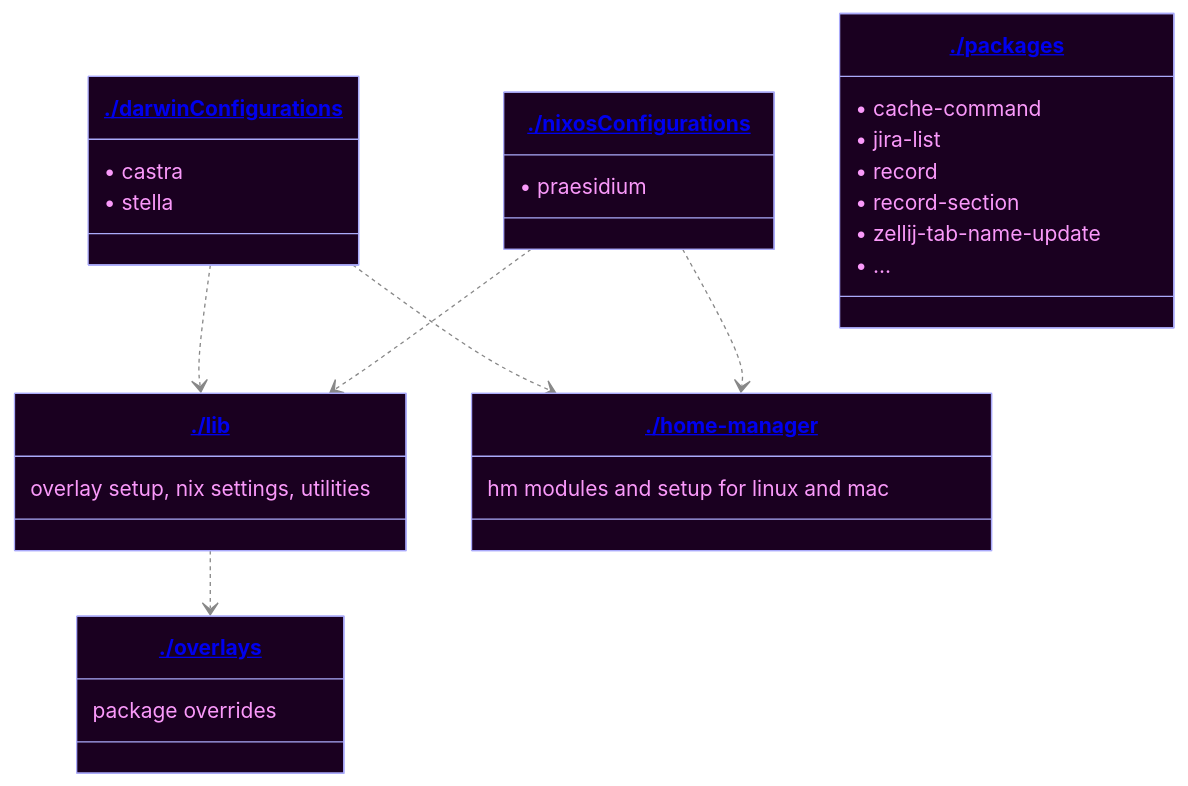
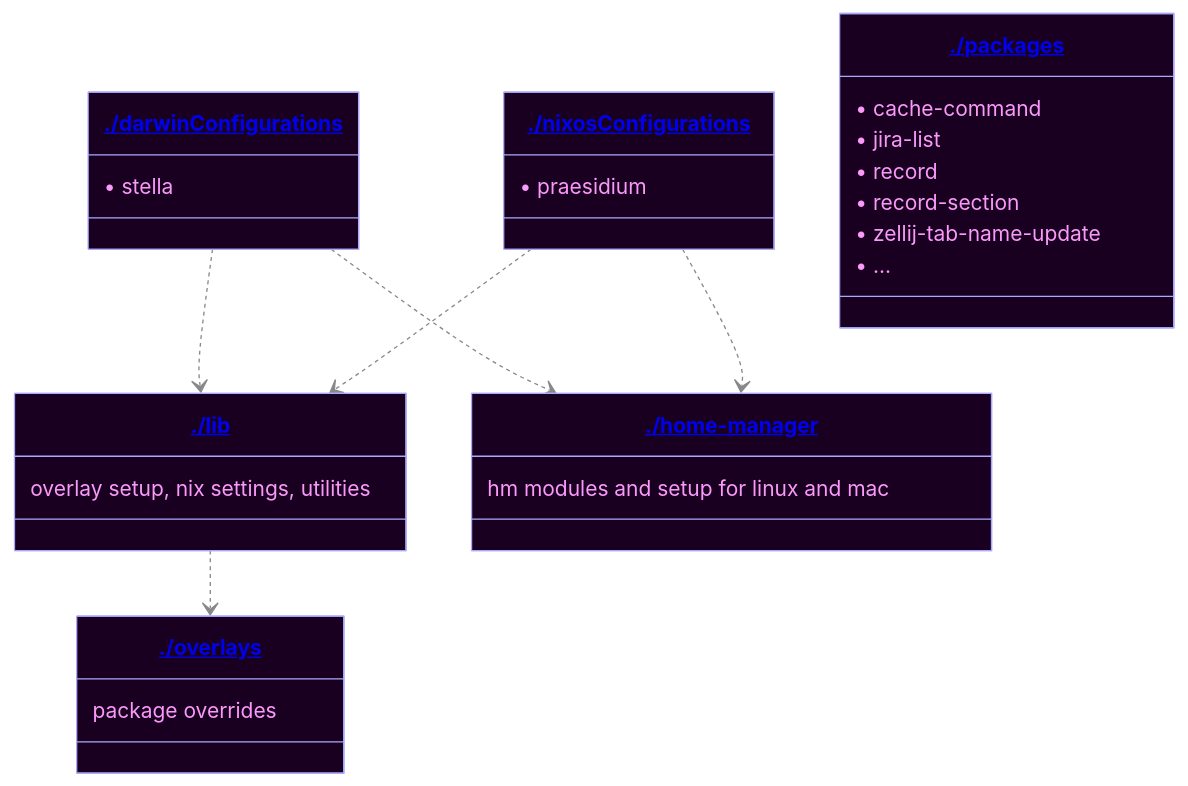
Before and after one commit to xav-ie/dots: the diagram in README.md, drawn with Mermaid. The commit also changed other lines of this file and 2 other files, not shown here.

First line of the commit message:
chore(castra): remove

````diff
--- a/README.md
+++ b/README.md
@@ -10,39 +10,38 @@
 ```mermaid
 ---
 config:
   theme: base
   themeVariables:
     primaryColor: "#1a0020"
     primaryTextColor: "#fa99fa"
     primaryBorderColor: "#aaaafa"
     lineColor: "#888"
     fontFamily: "monospace"
 ---
 classDiagram
     %% Unfortunately, we cannot use relative links and must specify a branch :/
     class lib["<a href='https://github.com/xav-ie/dots/tree/main/lib'>./lib</a>"]
     class darwinConfigurations["<a href='https://github.com/xav-ie/dots/tree/main/darwinConfigurations'>./darwinConfigurations</a>"]
     class home-manager["<a href='https://github.com/xav-ie/dots/tree/main/home-manager'>./home-manager</a>"]
     class nixosConfigurations["<a href='https://github.com/xav-ie/dots/tree/main/nixosConfigurations'>./nixosConfigurations</a>"]
     class overlays["<a href='https://github.com/xav-ie/dots/tree/main/overlays'>./overlays</a>"]
     class packages["<a href='https://github.com/xav-ie/dots/tree/main/packages'>./packages</a>"]
 
     lib: overlay setup, nix settings, utilities
-    darwinConfigurations: • castra
     darwinConfigurations: • stella
     home-manager: hm modules and setup for linux and mac
     nixosConfigurations: • praesidium
     overlays: package overrides
     packages: • cache-command
     packages: • jira-list
     packages: • record
     packages: • record-section
     packages: • zellij-tab-name-update
     packages: • ...
 
     lib ..> overlays
     darwinConfigurations ..> lib
     darwinConfigurations ..> home-manager
     nixosConfigurations ..> lib
     nixosConfigurations ..> home-manager
 ```
````
